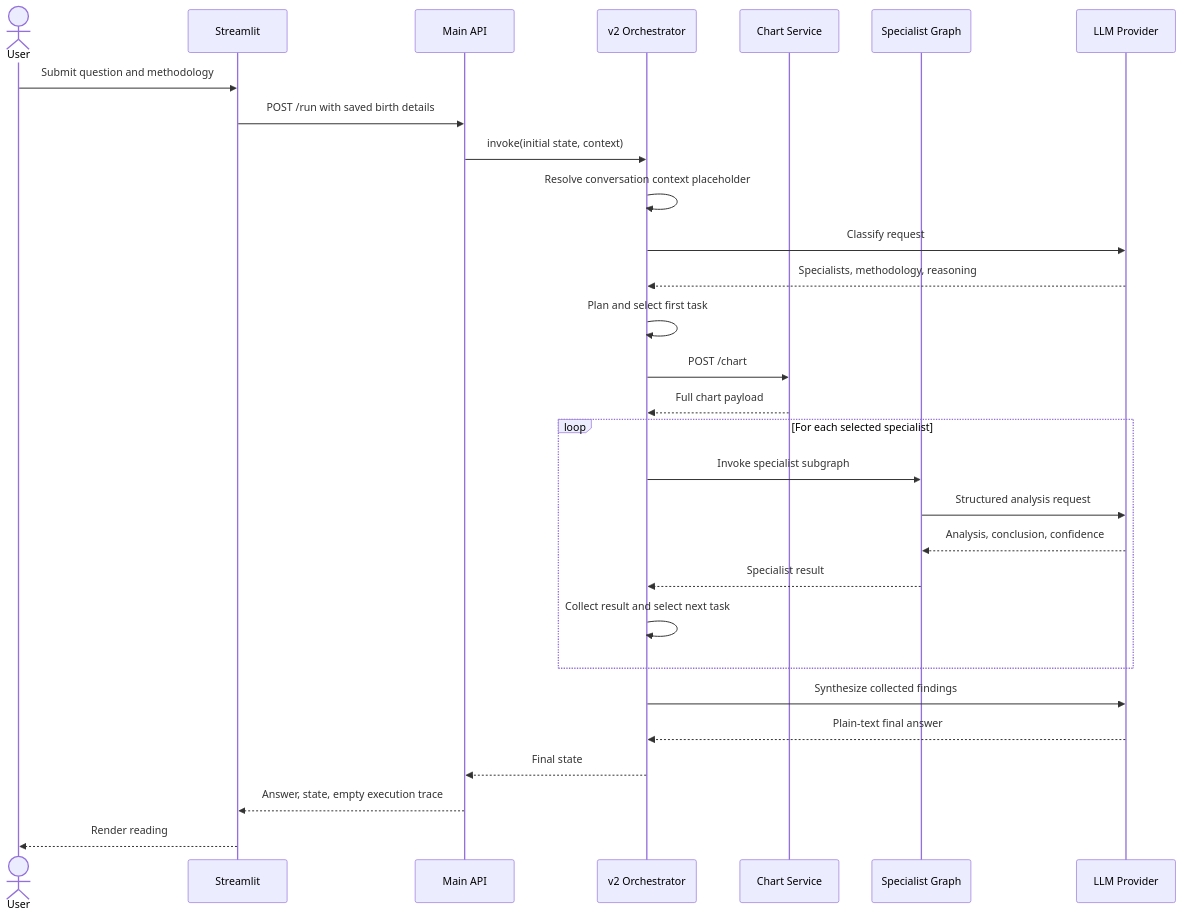
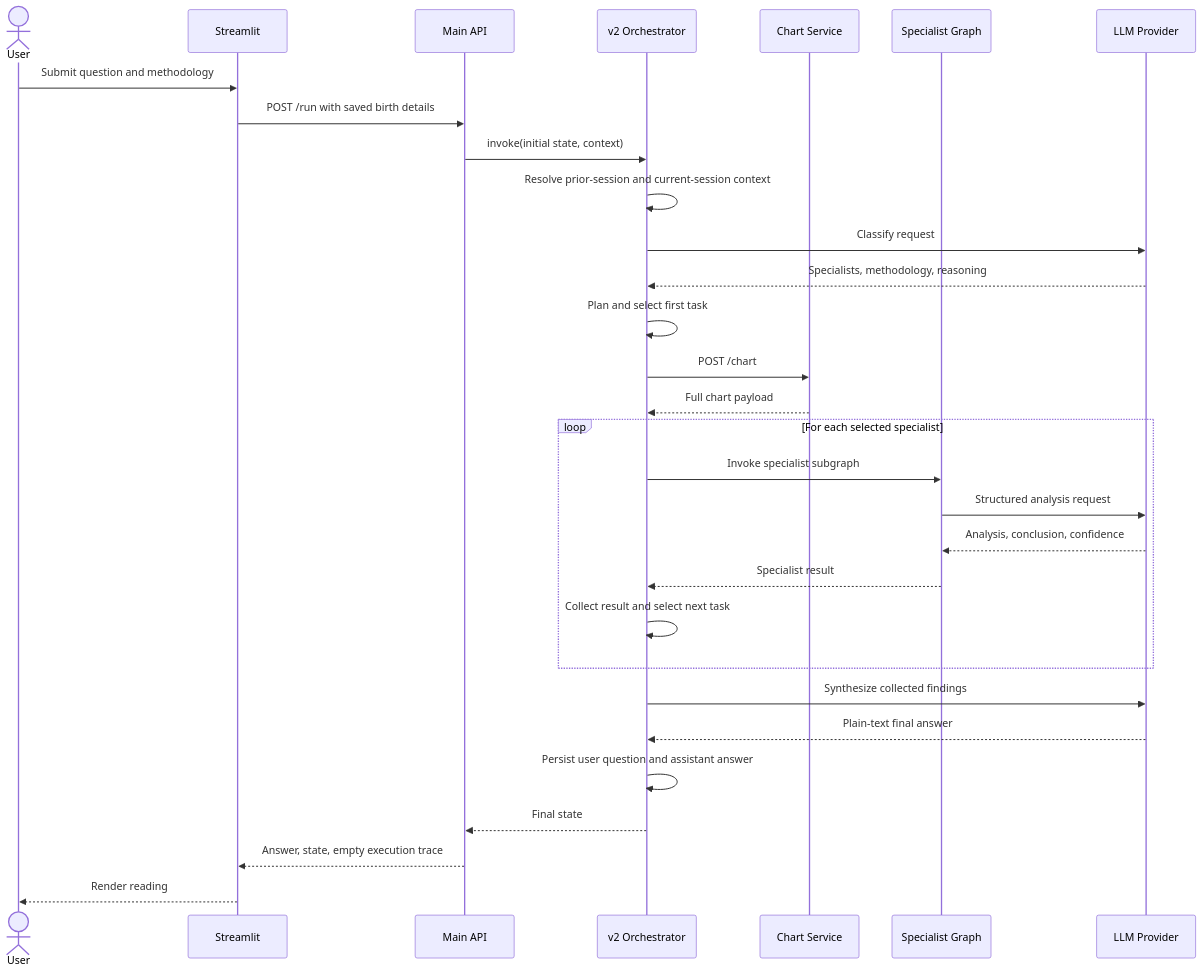
Before and after one commit to chamanthmvs/AstroWeave: the second of 4 diagrams in docs/PROJECT_DOCUMENTATION.md, drawn with Mermaid. The commit also changed other lines of this file and 20 other files, not shown here.

Commit message:
add secure SQLite conversation history and session memory

````diff
--- a/docs/PROJECT_DOCUMENTATION.md
+++ b/docs/PROJECT_DOCUMENTATION.md
@@ -201,32 +222,33 @@
 ```mermaid
 sequenceDiagram
     actor User
     participant UI as Streamlit
     participant API as Main API
     participant O as v2 Orchestrator
     participant C as Chart Service
     participant S as Specialist Graph
     participant L as LLM Provider
 
     User->>UI: Submit question and methodology
     UI->>API: POST /run with saved birth details
     API->>O: invoke(initial state, context)
-    O->>O: Resolve conversation context placeholder
+    O->>O: Resolve prior-session and current-session context
     O->>L: Classify request
     L-->>O: Specialists, methodology, reasoning
     O->>O: Plan and select first task
     O->>C: POST /chart
     C-->>O: Full chart payload
     loop For each selected specialist
         O->>S: Invoke specialist subgraph
         S->>L: Structured analysis request
         L-->>S: Analysis, conclusion, confidence
         S-->>O: Specialist result
         O->>O: Collect result and select next task
     end
     O->>L: Synthesize collected findings
     L-->>O: Plain-text final answer
+    O->>O: Persist user question and assistant answer
     O-->>API: Final state
     API-->>UI: Answer, state, empty execution trace
     UI-->>User: Render reading
 ```
````
